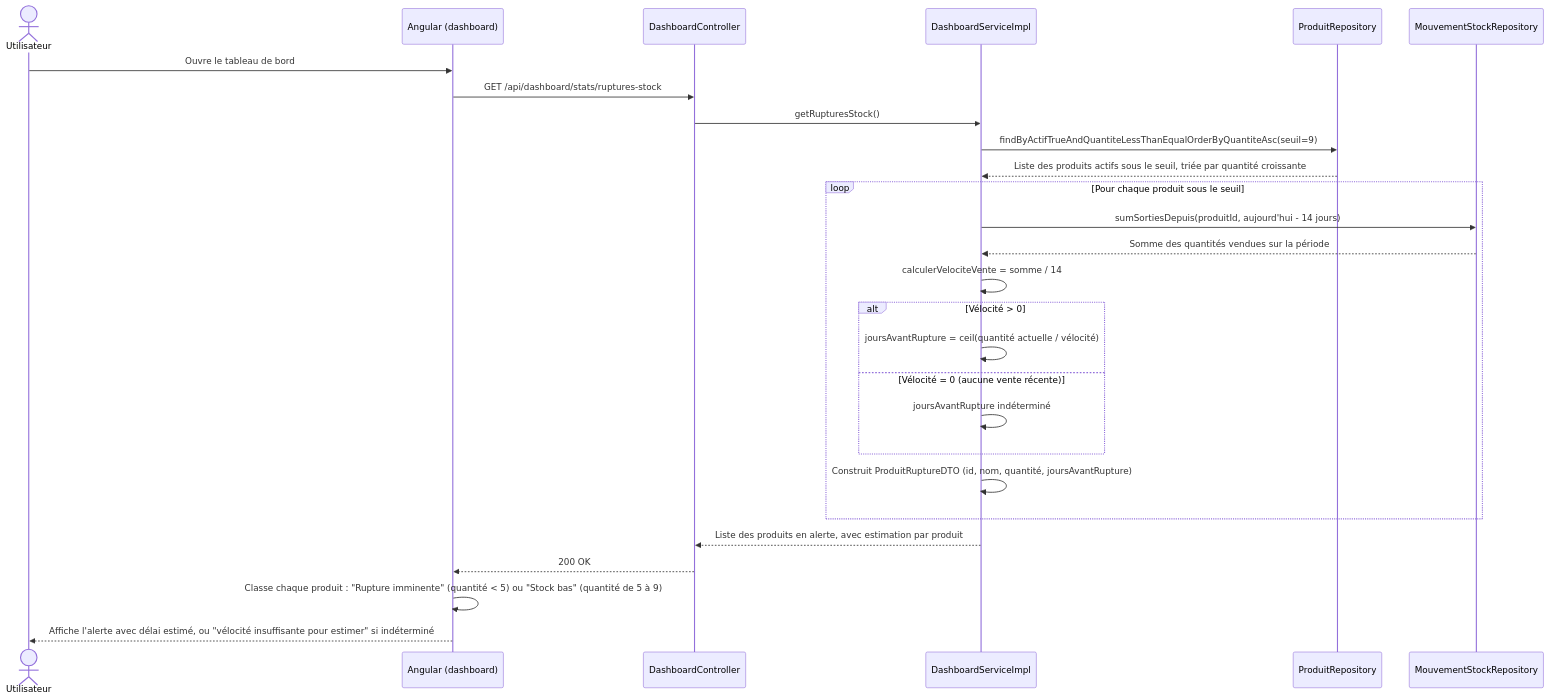
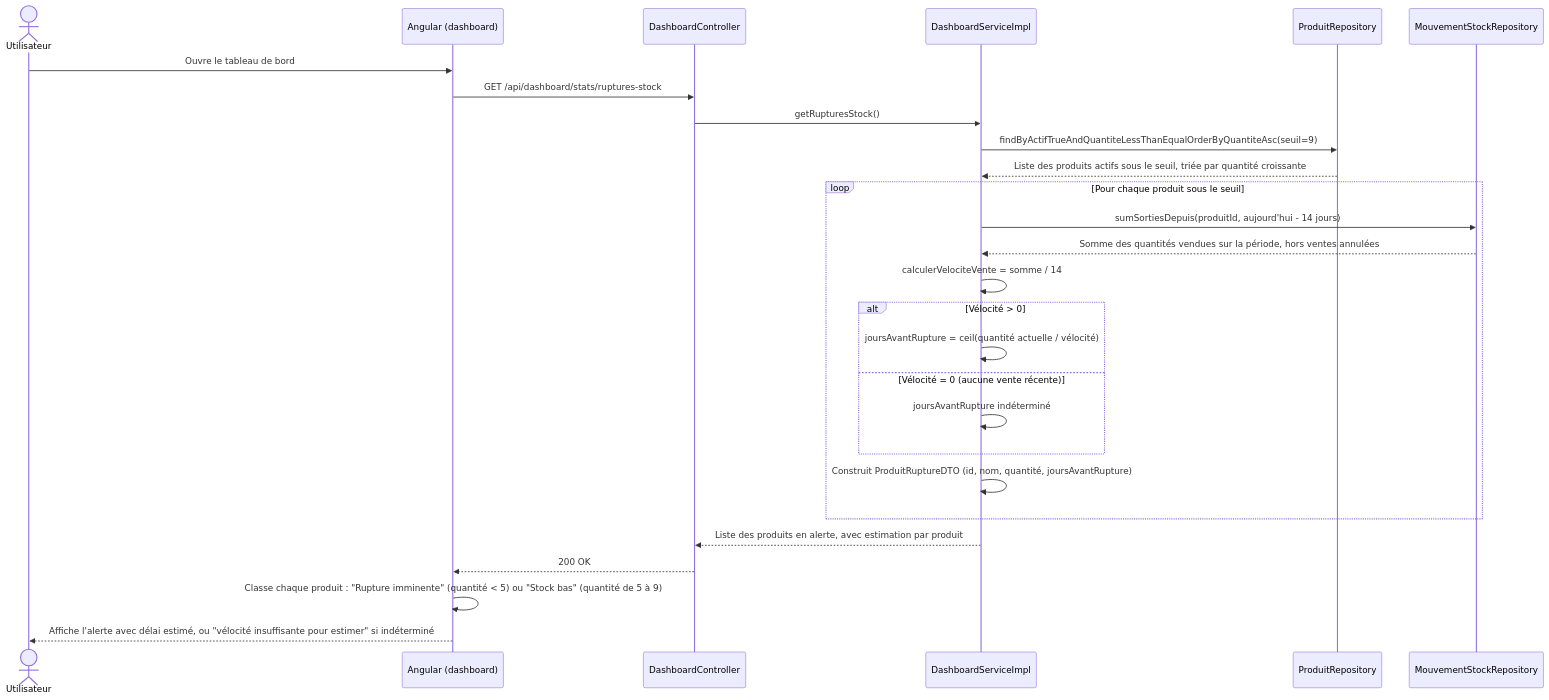
The eighth of 12 diagrams in docs/documentation-technique.md (meitekounaditeguera/GestionCommerciale), drawn with Mermaid before and after one commit. The commit also changed other lines of this file, not shown here.

Commit message:
docs: documente le traitement des commandes annulées et met à jour le nombre de tests

````diff
--- a/docs/documentation-technique.md
+++ b/docs/documentation-technique.md
@@ -507,32 +510,32 @@
 ```mermaid
 sequenceDiagram
     actor Utilisateur
     participant UI as Angular (dashboard)
     participant DC as DashboardController
     participant DS as DashboardServiceImpl
     participant PR as ProduitRepository
     participant MSR as MouvementStockRepository
 
     Utilisateur->>UI: Ouvre le tableau de bord
     UI->>DC: GET /api/dashboard/stats/ruptures-stock
     DC->>DS: getRupturesStock()
     DS->>PR: findByActifTrueAndQuantiteLessThanEqualOrderByQuantiteAsc(seuil=9)
     PR-->>DS: Liste des produits actifs sous le seuil, triée par quantité croissante
 
     loop Pour chaque produit sous le seuil
         DS->>MSR: sumSortiesDepuis(produitId, aujourd'hui - 14 jours)
-        MSR-->>DS: Somme des quantités vendues sur la période
+        MSR-->>DS: Somme des quantités vendues sur la période, hors ventes annulées
         DS->>DS: calculerVelociteVente = somme / 14
         alt Vélocité > 0
             DS->>DS: joursAvantRupture = ceil(quantité actuelle / vélocité)
         else Vélocité = 0 (aucune vente récente)
             DS->>DS: joursAvantRupture indéterminé
         end
         DS->>DS: Construit ProduitRuptureDTO (id, nom, quantité, joursAvantRupture)
     end
 
     DS-->>DC: Liste des produits en alerte, avec estimation par produit
     DC-->>UI: 200 OK
     UI->>UI: Classe chaque produit : "Rupture imminente" (quantité < 5) ou "Stock bas" (quantité de 5 à 9)
     UI-->>Utilisateur: Affiche l'alerte avec délai estimé, ou "vélocité insuffisante pour estimer" si indéterminé
 ```
````
